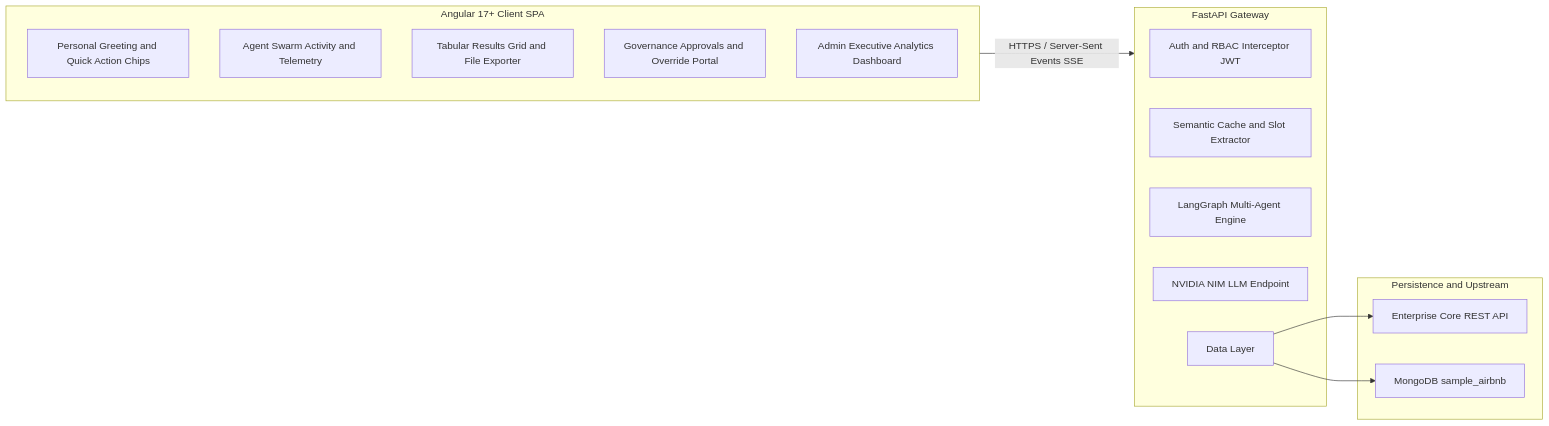
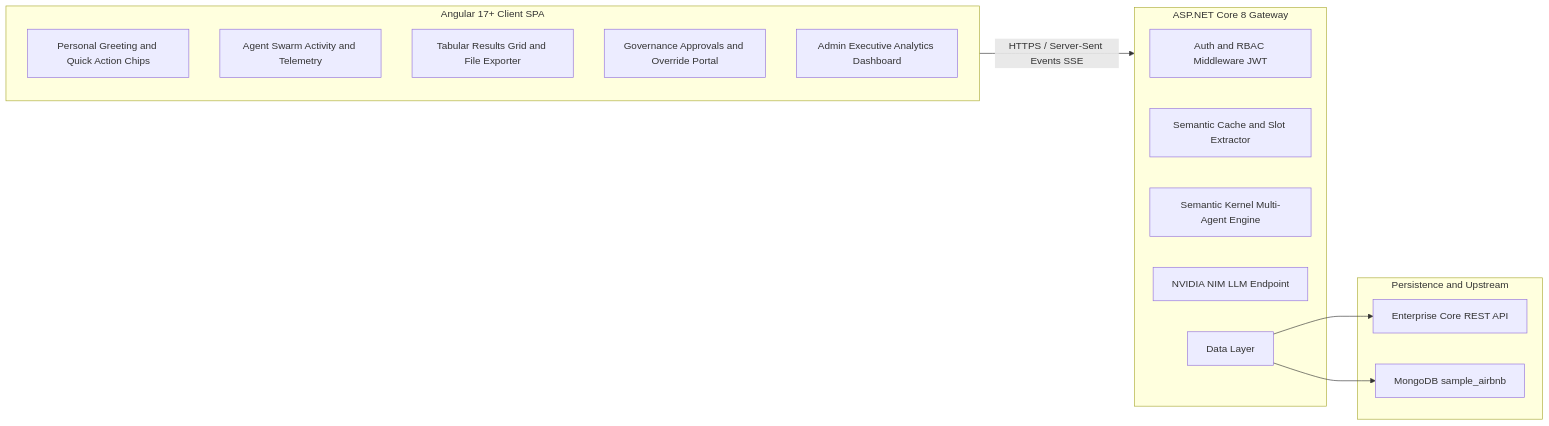
The second of 4 diagrams in docs/BRD.md (bikash-dotnet/MultiAgent-Mongo-NLP), drawn with Mermaid before and after one commit. The commit also changed other lines of this file and 8 other files, not shown here.

````diff
--- a/docs/BRD.md
+++ b/docs/BRD.md
@@ -105,27 +135,27 @@
 ```mermaid
 flowchart LR
     subgraph Client["Angular 17+ Client SPA"]
         C1["Personal Greeting and Quick Action Chips"]
         C2["Agent Swarm Activity and Telemetry"]
         C3["Tabular Results Grid and File Exporter"]
         C4["Governance Approvals and Override Portal"]
         C5["Admin Executive Analytics Dashboard"]
     end
 
-    subgraph Gateway["FastAPI Gateway"]
-        G1["Auth and RBAC Interceptor JWT"]
+    subgraph Gateway["ASP.NET Core 8 Gateway"]
+        G1["Auth and RBAC Middleware JWT"]
         G2["Semantic Cache and Slot Extractor"]
-        G3["LangGraph Multi-Agent Engine"]
+        G3["Semantic Kernel Multi-Agent Engine"]
         G4["NVIDIA NIM LLM Endpoint"]
         G5["Data Layer"]
     end
 
     subgraph Data["Persistence and Upstream"]
         D1["Enterprise Core REST API"]
         D2["MongoDB sample_airbnb"]
     end
 
     Client -->|"HTTPS / Server-Sent Events SSE"| Gateway
     G5 --> D1
     G5 --> D2
 ```
````
